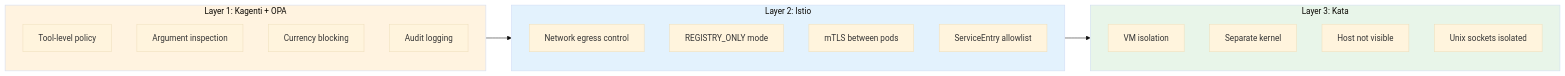
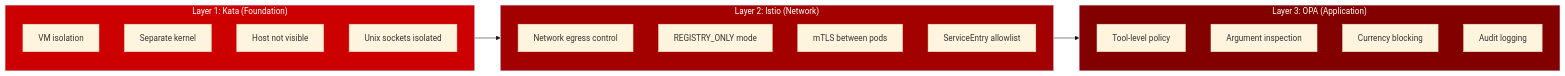
One commit to rrbanda/agent-sandbox-ocp changed the third of 3 diagrams in docs/architecture.md. Above: the diagram before and after it, drawn with Mermaid (base theme). The commit also changed other lines of this file and 6 other files, not shown here.

First line of the commit message:
Update diagrams: correct layer ordering and Red Hat branding

````diff
--- a/docs/architecture.md
+++ b/docs/architecture.md
@@ -105,32 +105,32 @@
 ```mermaid
 flowchart LR
-    subgraph Layer1["Layer 1: Kagenti + OPA"]
+    subgraph Layer1["Layer 1: Kata (Foundation)"]
         direction TB
-        L1A["Tool-level policy"]
-        L1B["Argument inspection"]
-        L1C["Currency blocking"]
-        L1D["Audit logging"]
+        L1A["VM isolation"]
+        L1B["Separate kernel"]
+        L1C["Host not visible"]
+        L1D["Unix sockets isolated"]
     end
 
-    subgraph Layer2["Layer 2: Istio"]
+    subgraph Layer2["Layer 2: Istio (Network)"]
         direction TB
         L2A["Network egress control"]
         L2B["REGISTRY_ONLY mode"]
         L2C["mTLS between pods"]
         L2D["ServiceEntry allowlist"]
     end
 
-    subgraph Layer3["Layer 3: Kata"]
+    subgraph Layer3["Layer 3: OPA (Application)"]
         direction TB
-        L3A["VM isolation"]
-        L3B["Separate kernel"]
-        L3C["Host not visible"]
-        L3D["Unix sockets isolated"]
+        L3A["Tool-level policy"]
+        L3B["Argument inspection"]
+        L3C["Currency blocking"]
+        L3D["Audit logging"]
     end
 
     Layer1 --> Layer2 --> Layer3
 
-    style Layer1 fill:#fff3e0
-    style Layer2 fill:#e3f2fd
-    style Layer3 fill:#e8f5e9
+    style Layer1 fill:#CC0000,color:#FFFFFF
+    style Layer2 fill:#A30000,color:#FFFFFF
+    style Layer3 fill:#820000,color:#FFFFFF
 ```
````
